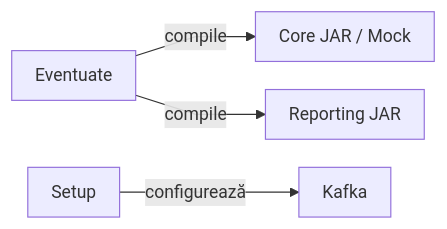
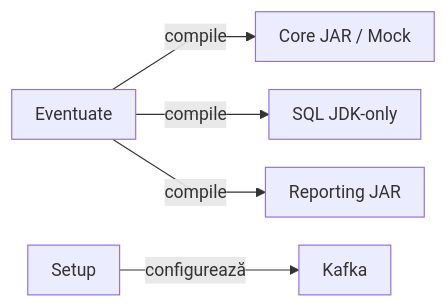
The second of 2 diagrams in README.md (crististefanita/atf_j2), drawn with Mermaid before and after one commit. The commit also changed other lines of this file and 108 other files, not shown here.

````diff
--- a/README.md
+++ b/README.md
@@ -53,12 +54,13 @@
 ```mermaid
 %%{init: {"themeVariables":{"fontSize":"15px"},"themeCSS":".nodeLabel, .nodeLabel p { font-size: 15px !important; line-height: 1.35 !important; } .edgeLabel, .edgeLabel p { font-size: 12px !important; font-weight: 400 !important; line-height: 1.2 !important; } .edgeLabel .labelBkg, .edgeLabel p { background: transparent !important; } .edgeLabel foreignObject { transform: translateY(-18px); overflow: visible; } .node rect { rx: 6px; ry: 6px; }","flowchart":{"curve":"linear","nodeSpacing":24,"rankSpacing":16,"padding":10,"diagramPadding":16}}}%%
 flowchart LR
     Eventuate["Eventuate"]
     Core["Core JAR / Mock"]
     Reporting["Reporting JAR"]
     Setup["Setup"]
     Kafka["Kafka"]
     Eventuate -->|compile| Core
+    Eventuate -->|compile| SQL["SQL JDK-only"]
     Eventuate -->|compile| Reporting
     Setup -->|configurează| Kafka
 ```
````
